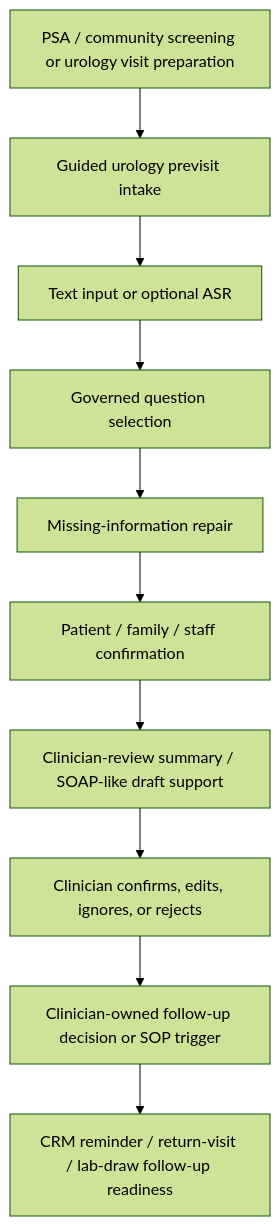
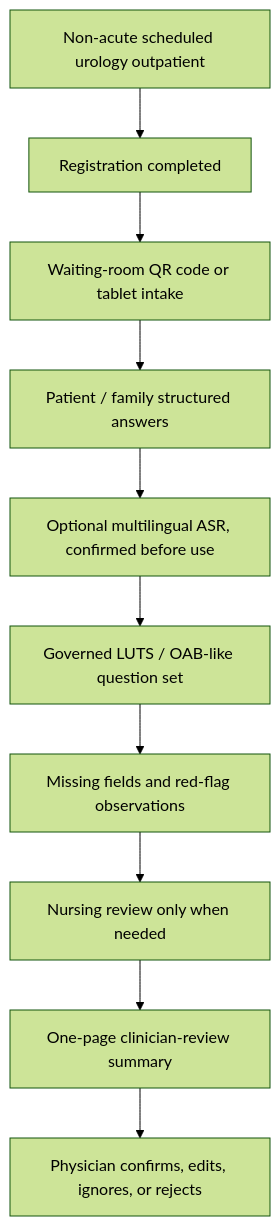
The diagram in discovery/DEEP_CULTIVATION_PROPOSAL_WRITING_GUIDE.md (JasonLn0711/urology-ai-previsit-thinking-spec), drawn with Mermaid (forest theme) before and after one commit. The commit also changed other lines of this file and 4 other files, not shown here.

Commit message:
docs: draft urology deep-cultivation subproject

````diff
--- a/discovery/DEEP_CULTIVATION_PROPOSAL_WRITING_GUIDE.md
+++ b/discovery/DEEP_CULTIVATION_PROPOSAL_WRITING_GUIDE.md
@@ -95,12 +121,12 @@
 ```mermaid
 flowchart TD
-    A[PSA / community screening or urology visit preparation] --> B[Guided urology previsit intake]
-    B --> C[Text input or optional ASR]
-    C --> D[Governed question selection]
-    D --> E[Missing-information repair]
-    E --> F[Patient / family / staff confirmation]
-    F --> G[Clinician-review summary / SOAP-like draft support]
-    G --> H[Clinician confirms, edits, ignores, or rejects]
-    H --> I[Clinician-owned follow-up decision or SOP trigger]
-    I --> J[CRM reminder / return-visit / lab-draw follow-up readiness]
+    A[Non-acute scheduled urology outpatient] --> B[Registration completed]
+    B --> C[Waiting-room QR code or tablet intake]
+    C --> D[Patient / family structured answers]
+    D --> E[Optional multilingual ASR, confirmed before use]
+    E --> F[Governed LUTS / OAB-like question set]
+    F --> G[Missing fields and red-flag observations]
+    G --> H[Nursing review only when needed]
+    H --> I[One-page clinician-review summary]
+    I --> J[Physician confirms, edits, ignores, or rejects]
 ```
````
